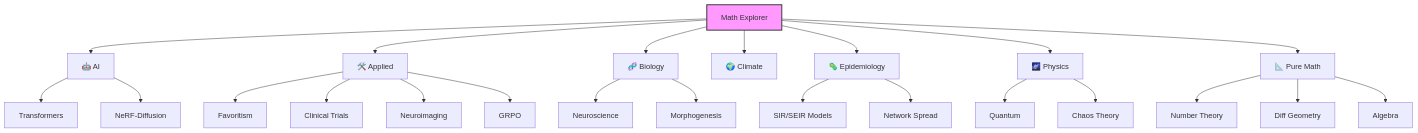
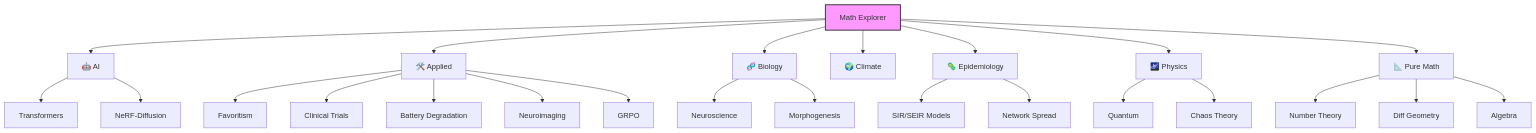
One commit to fderuiter/math changed the diagram in README.md. Above: the diagram before and after it, drawn with Mermaid. The commit also changed other lines of this file and 4 other files, not shown here.

````diff
--- a/README.md
+++ b/README.md
@@ -54,19 +54,19 @@
 ```mermaid
 graph TD
     Root[Math Explorer] --> AI[🤖 AI]
     Root --> Applied[🛠️ Applied]
     Root --> Bio[🧬 Biology]
     Root --> Climate[🌍 Climate]
     Root --> Epi[🦠 Epidemiology]
     Root --> Phys[🌌 Physics]
     Root --> Pure[📐 Pure Math]
 
     AI --> Trans[Transformers] & NeRF[NeRF-Diffusion]
-    Applied --> Fav[Favoritism] & Clinical[Clinical Trials] & NeuroImg[Neuroimaging] & GRPO[GRPO]
+    Applied --> Fav[Favoritism] & Clinical[Clinical Trials] & Battery[Battery Degradation] & NeuroImg[Neuroimaging] & GRPO[GRPO]
     Bio --> Neuro[Neuroscience] & Morph[Morphogenesis]
     Epi --> SIR[SIR/SEIR Models] & Net[Network Spread]
     Phys --> Quant[Quantum] & Chaos[Chaos Theory]
     Pure --> Num[Number Theory] & Geo[Diff Geometry] & Alg[Algebra]
 
     style Root fill:#f9f,stroke:#333,stroke-width:2px
 ```
````
